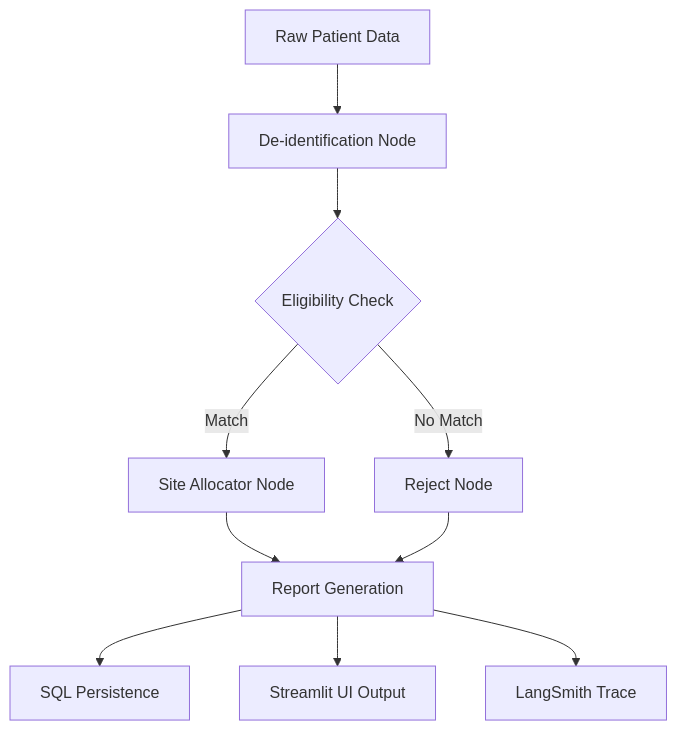
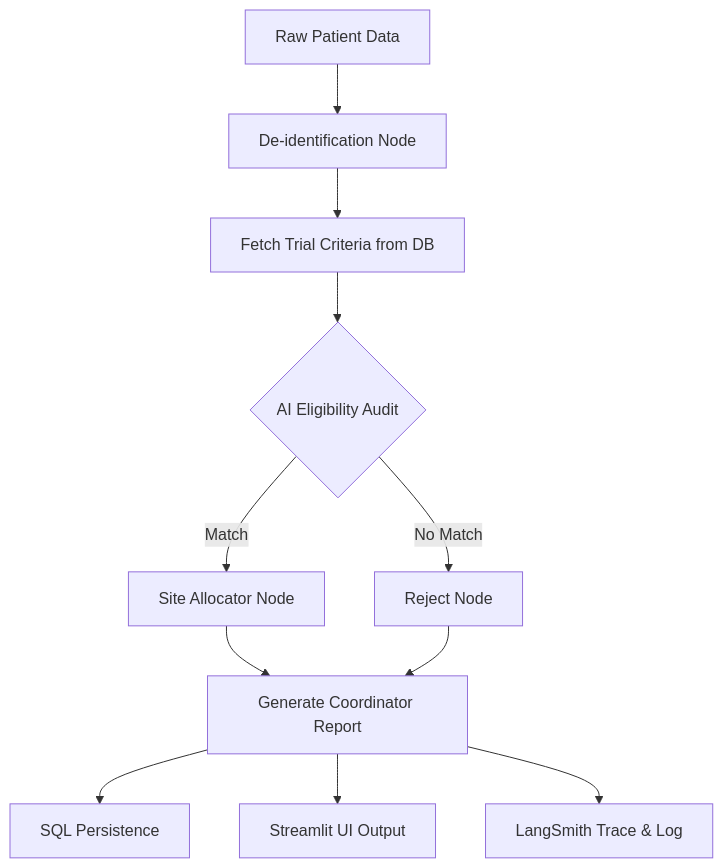
The diagram in README.md (vinod1rai249-max/trial-sync), drawn with Mermaid before and after one commit. The commit also changed other lines of this file, not shown here.

Commit message:
Enhance README with multi-trial logic, organizational ROI, and updated system architecture

````diff
--- a/README.md
+++ b/README.md
@@ -46,12 +73,13 @@
 ```mermaid
 graph TD
     A[Raw Patient Data] --> B[De-identification Node]
-    B --> C{Eligibility Check}
-    C -->|Match| D[Site Allocator Node]
-    C -->|No Match| E[Reject Node]
-    D --> F[Report Generation]
-    E --> F
-    F --> G[SQL Persistence]
-    F --> H[Streamlit UI Output]
-    F --> I[LangSmith Trace]
+    B --> C[Fetch Trial Criteria from DB]
+    C --> D{AI Eligibility Audit}
+    D -->|Match| E[Site Allocator Node]
+    D -->|No Match| F[Reject Node]
+    E --> G[Generate Coordinator Report]
+    F --> G
+    G --> H[SQL Persistence]
+    G --> I[Streamlit UI Output]
+    G --> J[LangSmith Trace & Log]
 ```
````
